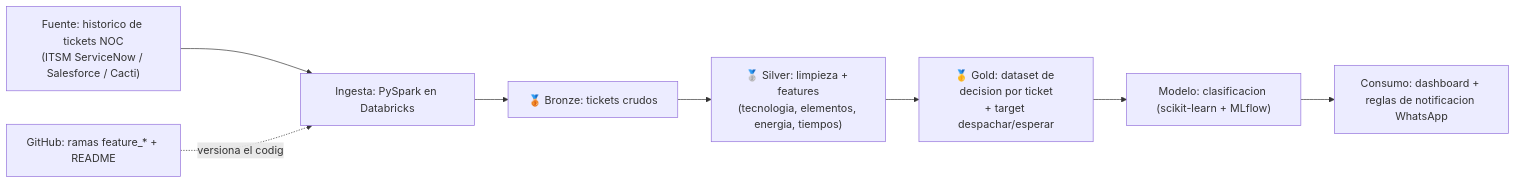
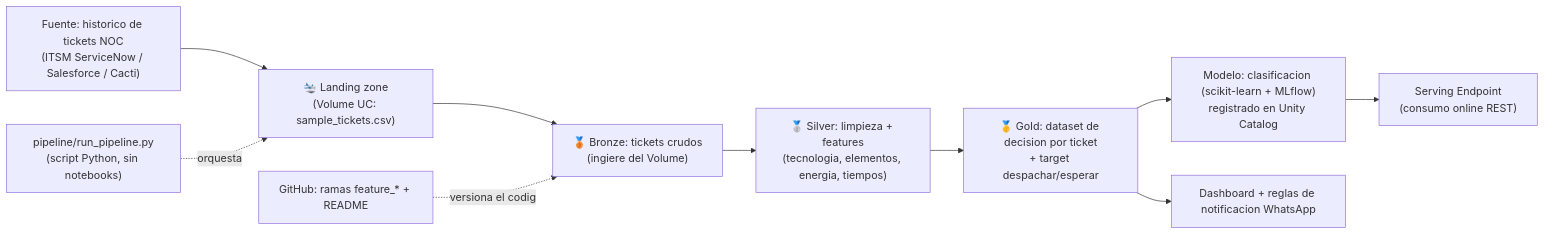
The diagram in README.md (juliomario11/agentes_ingesta_telecomunicaciones), drawn with Mermaid before and after one commit. The commit also changed other lines of this file and 5 other files, not shown here.

First line of the commit message:
feat: pipeline como script de Python, bronze ingiere desde el Volume, serving endpoint y PENDIENTES.md

````diff
--- a/README.md
+++ b/README.md
@@ -39,10 +39,12 @@
 ```mermaid
 flowchart LR
-    A["Fuente: historico de tickets NOC\n(ITSM ServiceNow / Salesforce / Cacti)"] --> B["Ingesta: PySpark en Databricks"]
-    B --> C1["🥉 Bronze: tickets crudos"]
+    A["Fuente: historico de tickets NOC\n(ITSM ServiceNow / Salesforce / Cacti)"] --> L["🛬 Landing zone\n(Volume UC: sample_tickets.csv)"]
+    L --> C1["🥉 Bronze: tickets crudos\n(ingiere del Volume)"]
     C1 --> C2["🥈 Silver: limpieza + features\n(tecnologia, elementos, energia, tiempos)"]
     C2 --> C3["🥇 Gold: dataset de decision por ticket\n+ target despachar/esperar"]
-    C3 --> D["Modelo: clasificacion (scikit-learn + MLflow)"]
-    D --> E["Consumo: dashboard + reglas de notificacion WhatsApp"]
-    G["GitHub: ramas feature_* + README"] -.versiona el codigo.-> B
+    C3 --> D["Modelo: clasificacion (scikit-learn + MLflow)\nregistrado en Unity Catalog"]
+    D --> S["Serving Endpoint\n(consumo online REST)"]
+    C3 --> E["Dashboard + reglas de notificacion WhatsApp"]
+    P["pipeline/run_pipeline.py\n(script Python, sin notebooks)"] -.orquesta.-> L
+    G["GitHub: ramas feature_* + README"] -.versiona el codigo.-> C1
 ```
````
